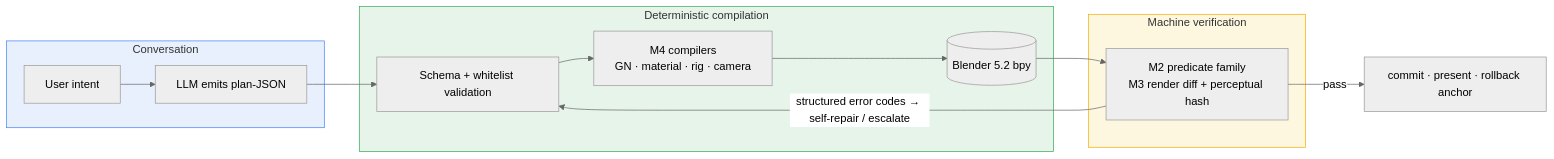
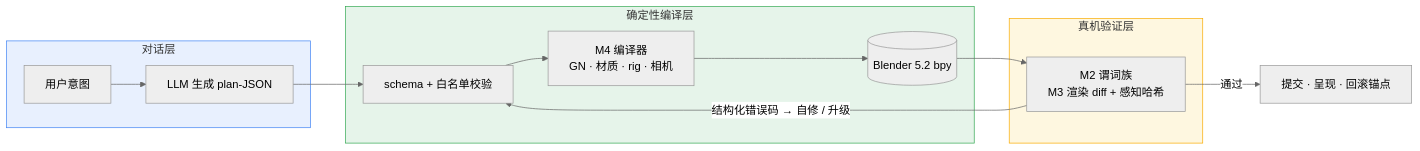
One commit to master666-max/blender-ai-console changed the diagram in README.md. Above: the diagram before and after it, drawn with Mermaid (neutral theme). The commit also changed other lines of this file and 3 other files, not shown here.

````diff
--- a/README.md
+++ b/README.md
@@ -25,20 +25,20 @@
 ```mermaid
 flowchart LR
-    subgraph INTENT [Conversation]
-        U[User intent] --> L[LLM emits plan-JSON]
+    subgraph INTENT [对话层]
+        U[用户意图] --> L[LLM 生成 plan-JSON]
     end
-    subgraph COMPILE [Deterministic compilation]
-        P[Schema + whitelist validation] --> C[M4 compilers<br/>GN · material · rig · camera]
+    subgraph COMPILE [确定性编译层]
+        P[schema + 白名单校验] --> C[M4 编译器<br/>GN · 材质 · rig · 相机]
         C --> B[("Blender 5.2 bpy")]
     end
-    subgraph VERIFY [Machine verification]
-        V[M2 predicate family<br/>M3 render diff + perceptual hash]
+    subgraph VERIFY [真机验证层]
+        V[M2 谓词族<br/>M3 渲染 diff + 感知哈希]
     end
     L --> P
     B --> V
-    V -- "structured error codes → self-repair / escalate" --> P
-    V -- "pass" --> OK["commit · present · rollback anchor"]
+    V -- "结构化错误码 → 自修 / 升级" --> P
+    V -- "通过" --> OK["提交 · 呈现 · 回滚锚点"]
     style INTENT fill:#e8f0fe,stroke:#4285f4
     style COMPILE fill:#e6f4ea,stroke:#34a853
     style VERIFY fill:#fef7e0,stroke:#f9ab00
 ```
````
